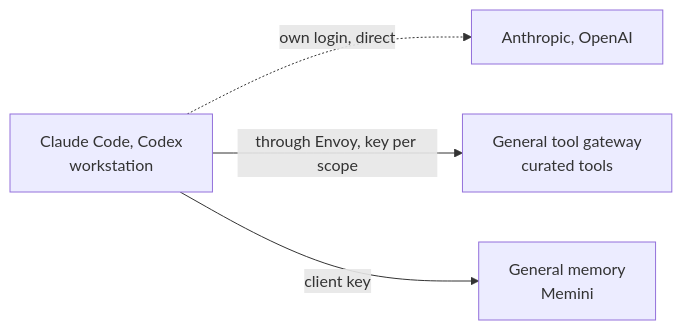
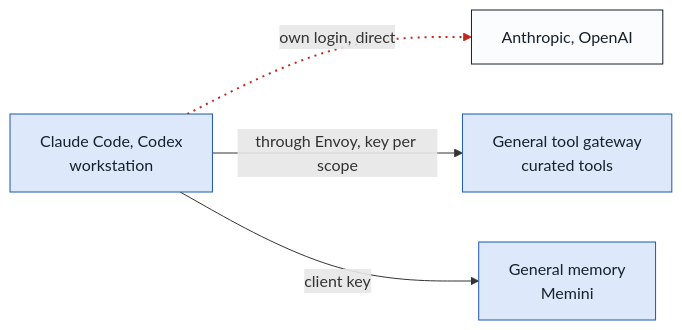
Before and after one commit to h-wb/home-ops: the fifth of 6 diagrams in kubernetes/apps/main/llm/docs/wiring.md, drawn with Mermaid. The commit also changed other lines of this file and 26 other files, not shown here.

````diff
--- a/kubernetes/apps/main/llm/docs/wiring.md
+++ b/kubernetes/apps/main/llm/docs/wiring.md
@@ -228,10 +209,15 @@
 ```mermaid
 flowchart LR
     A["Claude Code, Codex<br/>workstation"]:::general
     V["Anthropic, OpenAI"]:::outside
     T["General tool gateway<br/>curated tools"]:::general
     M["General memory<br/>Memini"]:::general
     A -.->|"own login, direct"| V
     A -->|"through Envoy, key per scope"| T
     A -->|"client key"| M
+    classDef private fill:#fbe9cf,stroke:#9a5200,color:#17212b
+    classDef general fill:#dde9fa,stroke:#1c58b0,color:#17212b
+    classDef shared fill:#eef1f4,stroke:#5a6876,color:#17212b
+    classDef outside fill:#fbfcfd,stroke:#17212b,color:#17212b
+    linkStyle 0 stroke:#c0271d,stroke-width:2px,stroke-dasharray:2 5
 ```
````
